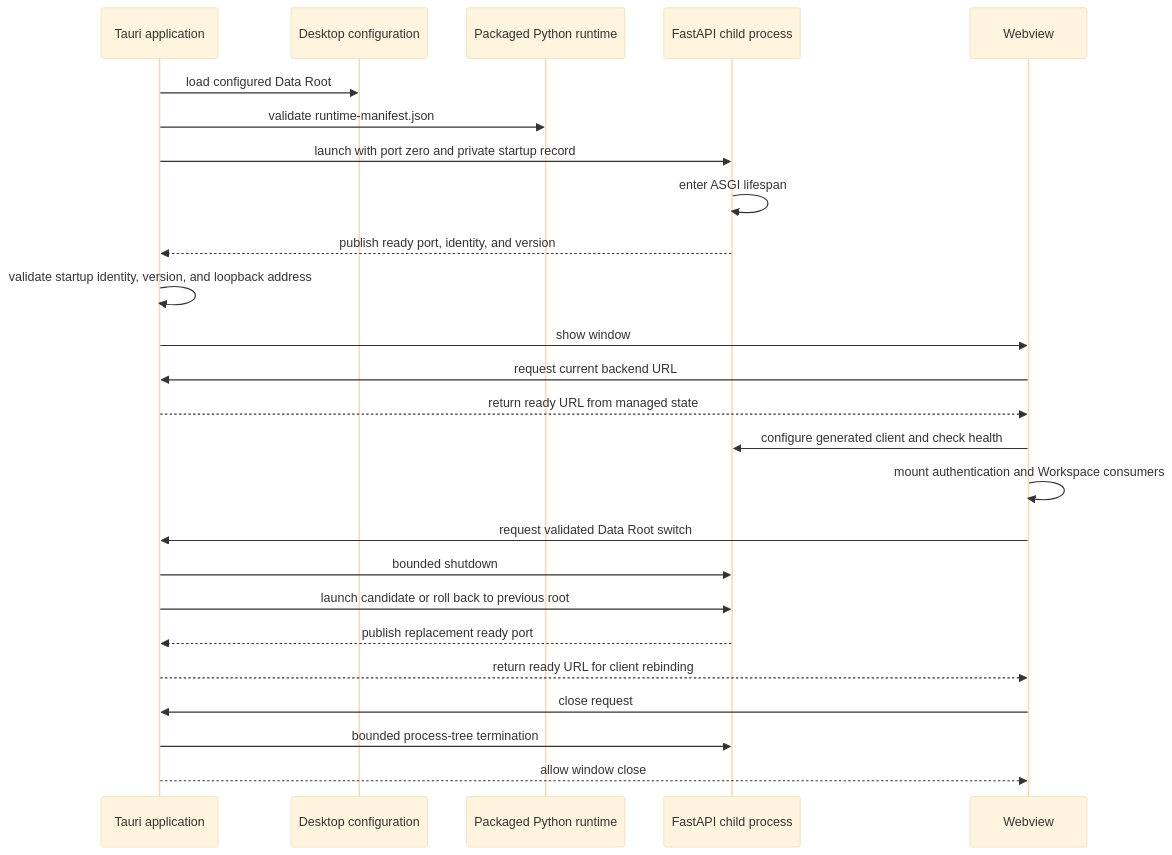
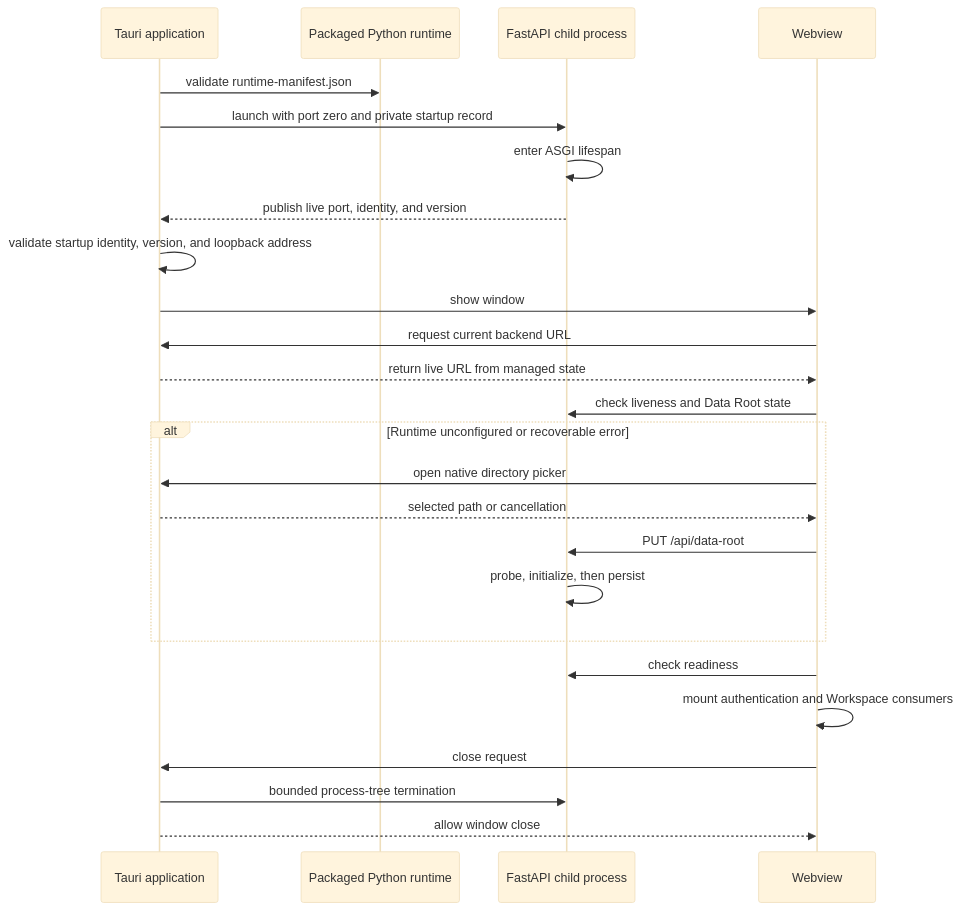
One commit to Australian-Text-Analytics-Platform/ldaca_web_app changed the first of 2 diagrams in docs/architecture/frontend/desktop.md. Above: the diagram before and after it, drawn with Mermaid (base theme). The commit also changed other lines of this file and 62 other files, not shown here.

Commit message:
feat(storage): unify data root bootstrap and switching

````diff
--- a/docs/architecture/frontend/desktop.md
+++ b/docs/architecture/frontend/desktop.md
@@ -15,28 +15,28 @@
 ```mermaid
 sequenceDiagram
     participant App as Tauri application
-    participant Config as Desktop configuration
     participant Runtime as Packaged Python runtime
     participant Backend as FastAPI child process
     participant Webview
 
-    App->>Config: load configured Data Root
     App->>Runtime: validate runtime-manifest.json
     App->>Backend: launch with port zero and private startup record
     Backend->>Backend: enter ASGI lifespan
-    Backend-->>App: publish ready port, identity, and version
+    Backend-->>App: publish live port, identity, and version
     App->>App: validate startup identity, version, and loopback address
     App->>Webview: show window
     Webview->>App: request current backend URL
-    App-->>Webview: return ready URL from managed state
-    Webview->>Backend: configure generated client and check health
+    App-->>Webview: return live URL from managed state
+    Webview->>Backend: check liveness and Data Root state
+    alt Runtime unconfigured or recoverable error
+    Webview->>App: open native directory picker
+    App-->>Webview: selected path or cancellation
+    Webview->>Backend: PUT /api/data-root
+    Backend->>Backend: probe, initialize, then persist
+    end
+    Webview->>Backend: check readiness
     Webview->>Webview: mount authentication and Workspace consumers
-    Webview->>App: request validated Data Root switch
-    App->>Backend: bounded shutdown
-    App->>Backend: launch candidate or roll back to previous root
-    Backend-->>App: publish replacement ready port
-    App-->>Webview: return ready URL for client rebinding
     Webview->>App: close request
     App->>Backend: bounded process-tree termination
     App-->>Webview: allow window close
 ```
````
